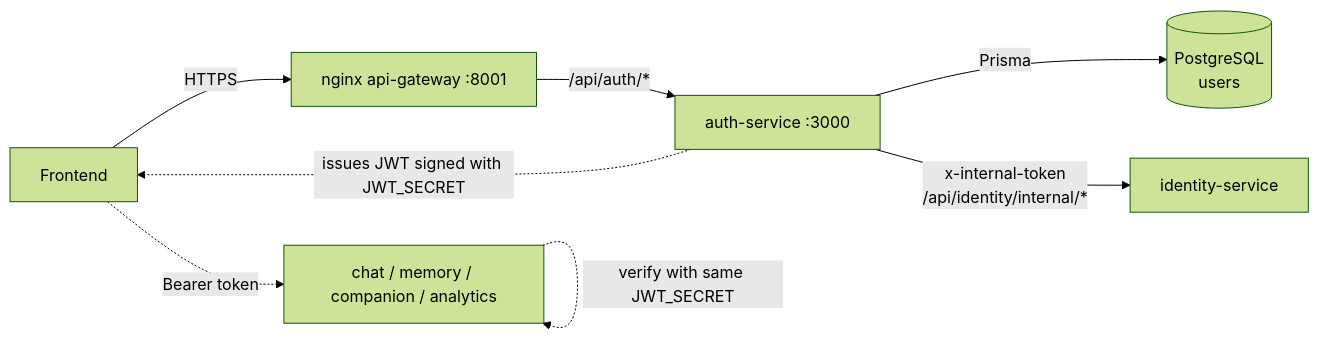
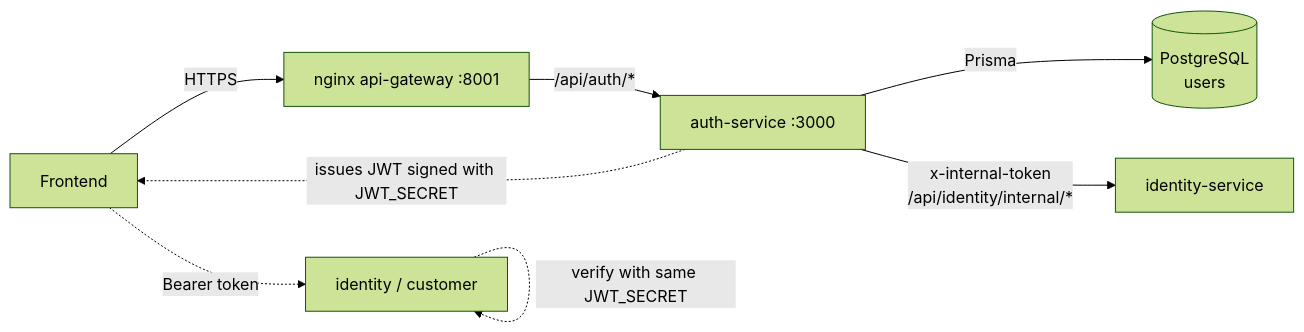
Before and after one commit to master-node1/the-aura-lab: the first of 4 diagrams in services/auth-service/README.md, drawn with Mermaid (forest theme). The commit also changed other lines of this file and 118 other files, not shown here.

````diff
--- a/services/auth-service/README.md
+++ b/services/auth-service/README.md
@@ -34,10 +34,10 @@
 ```mermaid
 flowchart LR
     FE[Frontend] -->|HTTPS| GW[nginx api-gateway :8001]
     GW -->|/api/auth/*| AUTH[auth-service :3000]
     AUTH -->|Prisma| PG[(PostgreSQL<br/>users)]
     AUTH -->|"x-internal-token<br/>/api/identity/internal/*"| ID[identity-service]
     AUTH -. issues JWT signed with JWT_SECRET .-> FE
-    FE -. Bearer token .-> OTHERS[chat / memory / companion / analytics]
+    FE -. Bearer token .-> OTHERS[identity / customer]
     OTHERS -. verify with same JWT_SECRET .-> OTHERS
 ```
````
